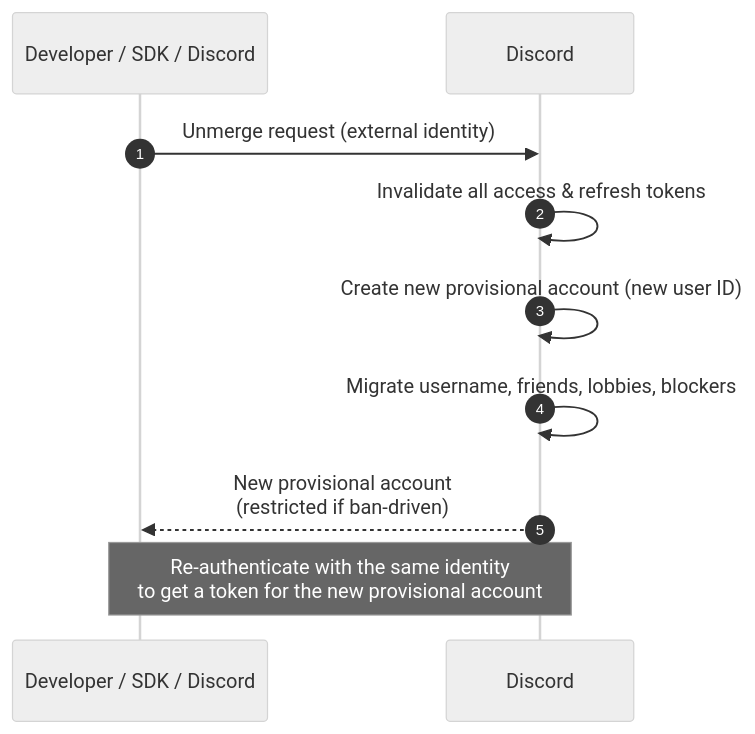
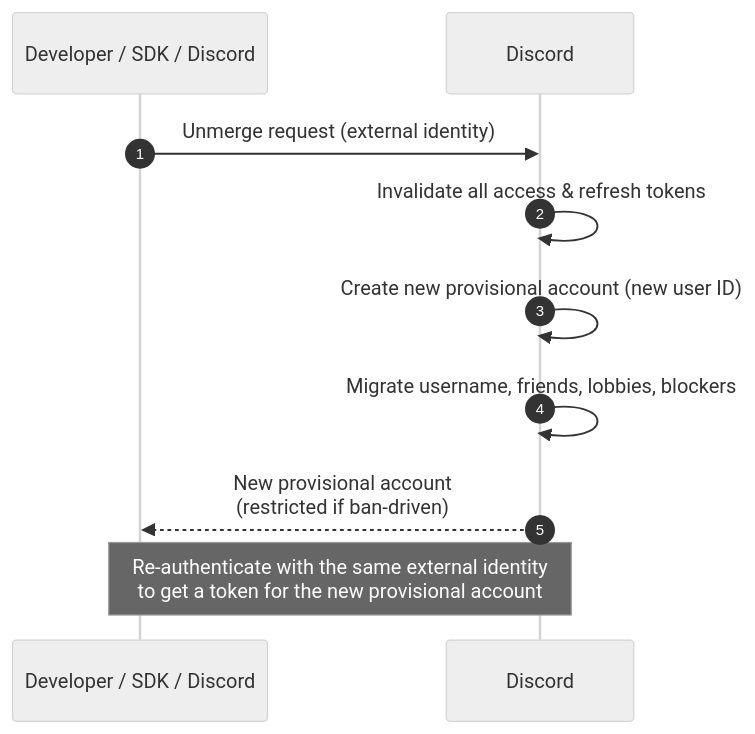
Before and after one commit to discord/discord-api-docs: the diagram in developers/discord-social-sdk/development-guides/provisional-accounts/unmerging-accounts.mdx, drawn with Mermaid (neutral theme).

Commit message:
Clarify re-authentication note wording in unmerge sequence diagram (#8543)

````diff
--- a/developers/discord-social-sdk/development-guides/provisional-accounts/unmerging-accounts.mdx
+++ b/developers/discord-social-sdk/development-guides/provisional-accounts/unmerging-accounts.mdx
@@ -38,13 +38,13 @@
 ```mermaid
 sequenceDiagram
     autonumber
     participant Caller as Developer / SDK / Discord
     participant D as Discord
 
     Caller->>D: Unmerge request (external identity)
     D->>D: Invalidate all access & refresh tokens
     D->>D: Create new provisional account (new user ID)
     D->>D: Migrate username, friends, lobbies, blockers
     D-->>Caller: New provisional account<br/>(restricted if ban-driven)
-    Note over Caller,D: Re-authenticate with the same identity<br/>to get a token for the new provisional account
+    Note over Caller,D: Re-authenticate with the same external identity<br/>to get a token for the new provisional account
 ```
````
